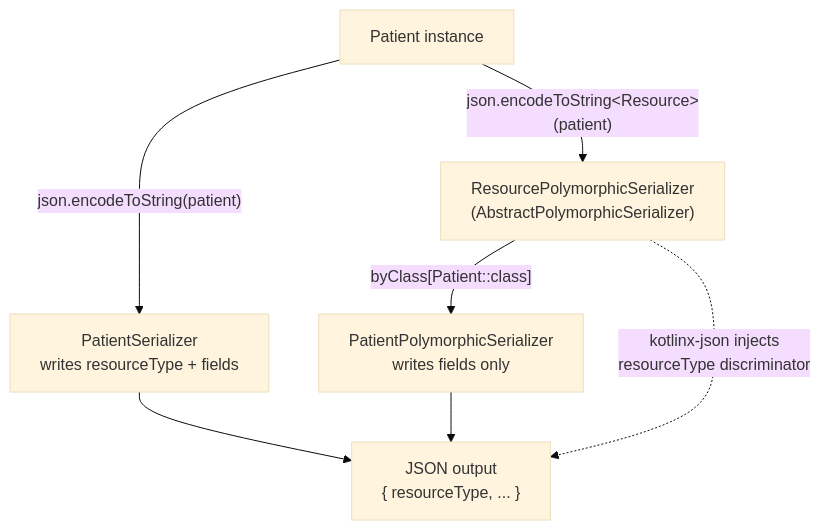
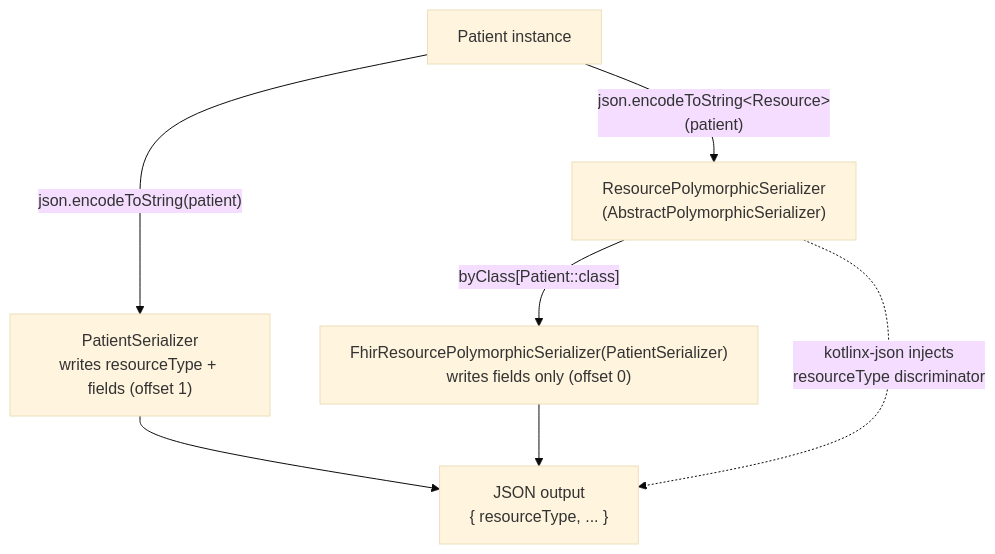
One commit to google/kotlin-fhir changed the first of 3 diagrams in README.md. Above: the diagram before and after it, drawn with Mermaid (base theme). The commit also changed other lines of this file and 7 other files, not shown here.

````diff
--- a/README.md
+++ b/README.md
@@ -293,9 +296,9 @@
 ```mermaid
 graph TB
-    A["Patient instance"] -->|"json.encodeToString(patient)"| PS["PatientSerializer<br/>writes resourceType + fields"]
+    A["Patient instance"] -->|"json.encodeToString(patient)"| PS["PatientSerializer<br/>writes resourceType + fields (offset 1)"]
     A -->|"json.encodeToString&ltResource&gt(patient)"| RPS["ResourcePolymorphicSerializer<br/>(AbstractPolymorphicSerializer)"]
-    RPS -->|"byClass[Patient::class]"| PPS["PatientPolymorphicSerializer<br/>writes fields only"]
+    RPS -->|"byClass[Patient::class]"| PPS["FhirResourcePolymorphicSerializer(PatientSerializer)<br/>writes fields only (offset 0)"]
     RPS -.->|"kotlinx-json injects<br/>resourceType discriminator"| O
     PS --> O["JSON output<br/>{ resourceType, ... }"]
     PPS --> O
 ```
````
